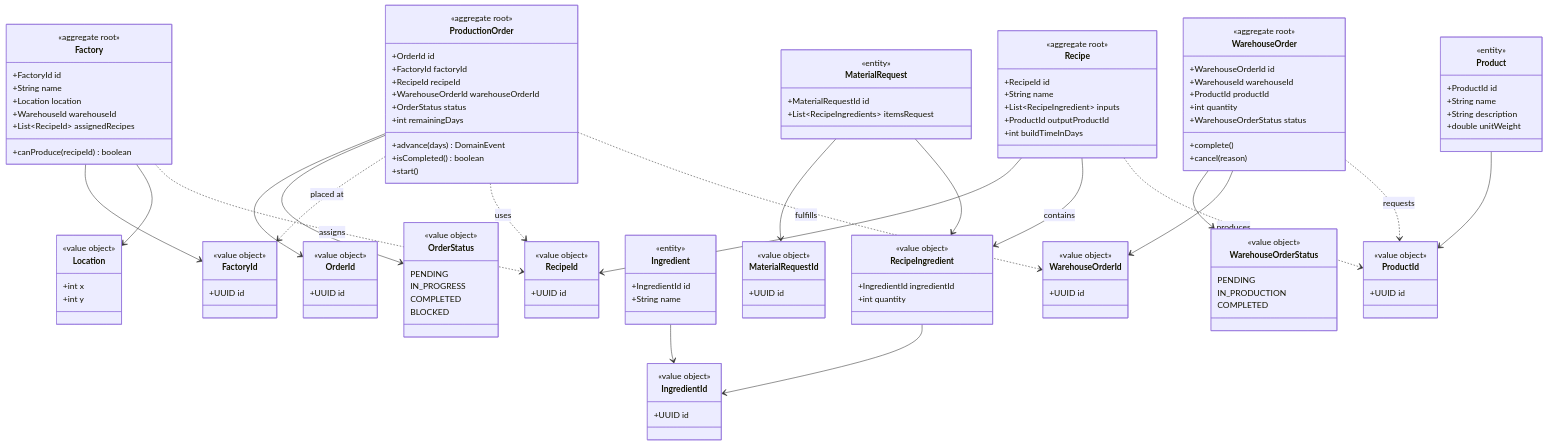
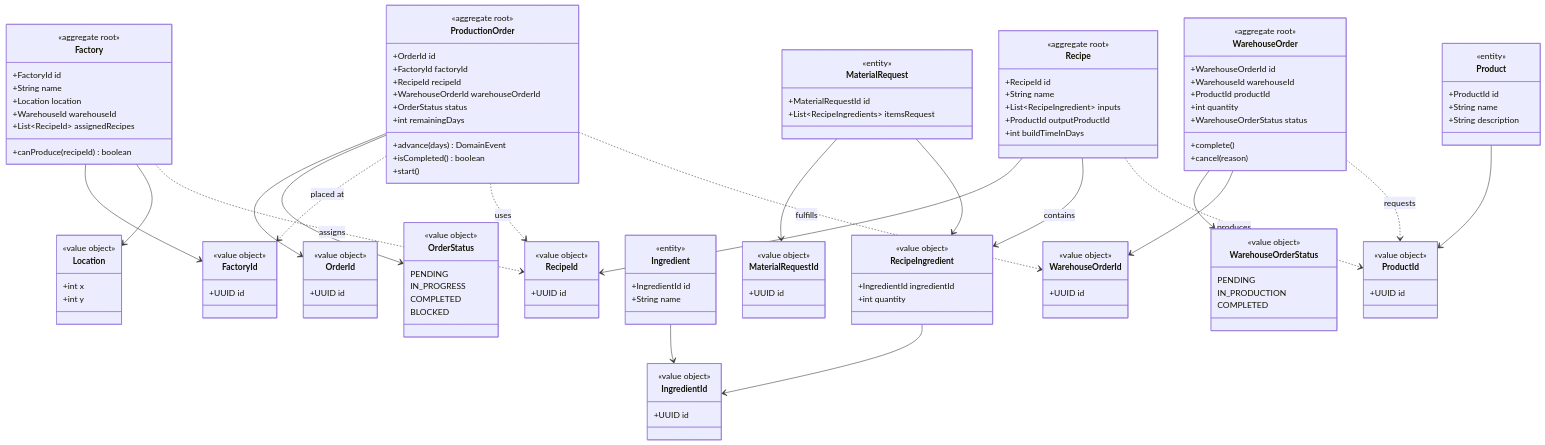
One commit to PauLopNun/workshop-suministros changed the first of 3 diagrams in production/ddd.md. Above: the diagram before and after it, drawn with Mermaid.

Commit message:
docs: minor fix in doc

```diff
--- a/production/ddd.md
+++ b/production/ddd.md
@@ -140,7 +140,6 @@
         +ProductId id
         +String name
         +String description
-        +double unitWeight
     }
     class ProductId {
         <<value object>>
```
